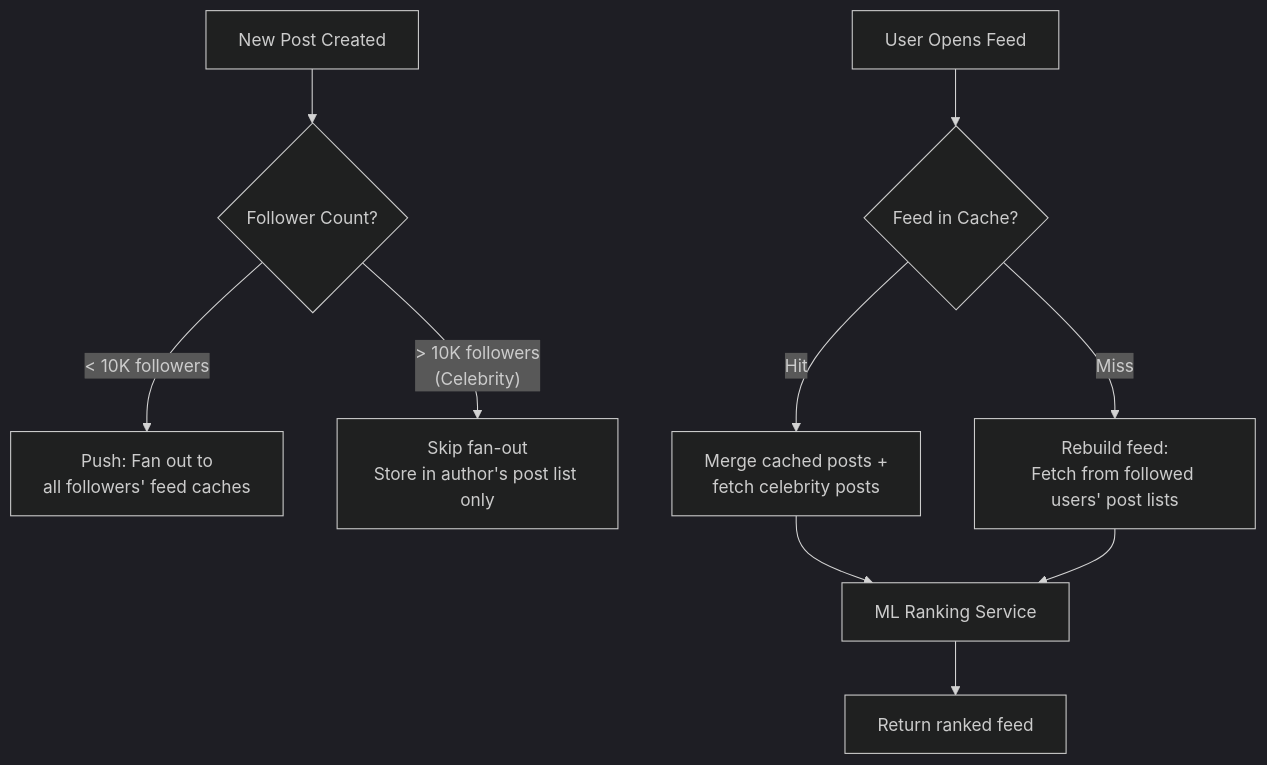
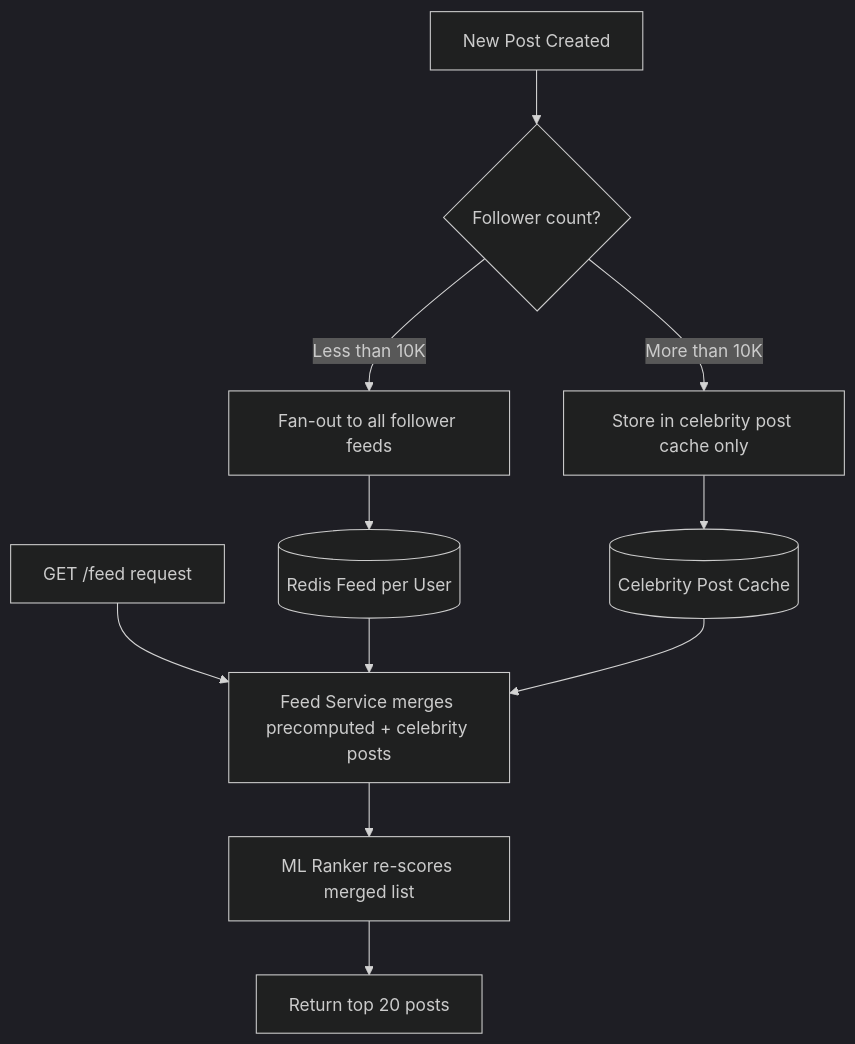
Before and after one commit to deepjyoti-dj7/JustDoIT: the third of 4 diagrams in docs/system-design/hld/real-world-systems/instagram.md, drawn with Mermaid (dark theme). The commit also changed other lines of this file and 8 other files, not shown here.

````diff
--- a/docs/system-design/hld/real-world-systems/instagram.md
+++ b/docs/system-design/hld/real-world-systems/instagram.md
@@ -218,13 +445,13 @@
 ```mermaid
-graph TD
-    Post["New Post Created"] --> Check{"Follower Count?"}
-    Check -->|"< 10K followers"| Push["Push: Fan out to\nall followers' feed caches"]
-    Check -->|"> 10K followers\n(Celebrity)"| Skip["Skip fan-out\nStore in author's post list only"]
-
-    FeedLoad["User Opens Feed"] --> FeedCache{"Feed in Cache?"}
-    FeedCache -->|Hit| Merge["Merge cached posts +\nfetch celebrity posts"]
-    FeedCache -->|Miss| Rebuild["Rebuild feed:\nFetch from followed users' post lists"]
-    Merge --> Rank["ML Ranking Service"]
-    Rebuild --> Rank
-    Rank --> Client["Return ranked feed"]
+flowchart TD
+    Post[New Post Created] --> Check{Follower count?}
+    Check -->|Less than 10K| FO[Fan-out to all follower feeds]
+    Check -->|More than 10K| Skip[Store in celebrity post cache only]
+    FO --> Redis[(Redis Feed per User)]
+    Skip --> CC[(Celebrity Post Cache)]
+    FeedReq[GET /feed request] --> Merge[Feed Service merges precomputed + celebrity posts]
+    Redis --> Merge
+    CC --> Merge
+    Merge --> Rank[ML Ranker re-scores merged list]
+    Rank --> Resp[Return top 20 posts]
 ```
````
